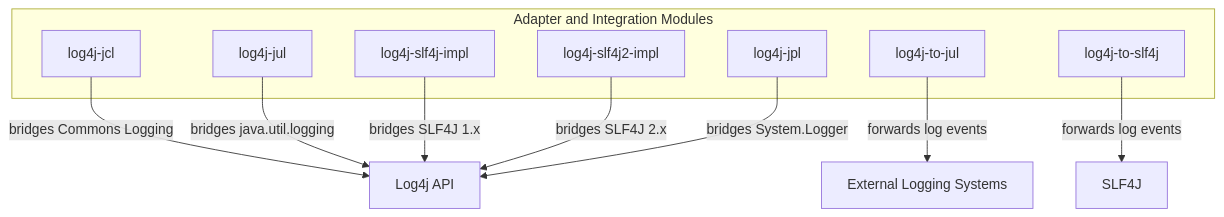
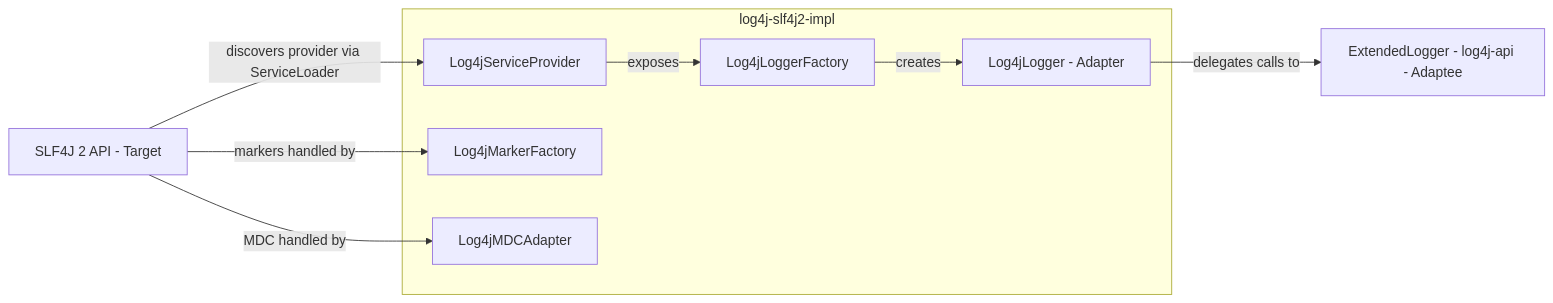
The sixth of 8 diagrams in docs/architecture.md (SwDA-Team07/AY-25-26-project), drawn with Mermaid before and after one commit. The commit also changed other lines of this file, not shown here.

Commit message:
docs: Rework C3 in architecture to match scoped modules

````diff
--- a/docs/architecture.md
+++ b/docs/architecture.md
@@ -149,22 +199,18 @@
 ```mermaid
-flowchart TD
-    subgraph INTEGRATIONS["Adapter and Integration Modules"]
-        JCL[log4j-jcl]
-        JUL[log4j-jul]
-        SLF1[log4j-slf4j-impl]
-        SLF2[log4j-slf4j2-impl]
-        TOJUL[log4j-to-jul]
-        TOSLF[log4j-to-slf4j]
-        JPL[log4j-jpl]
+flowchart LR
+    subgraph SLF2["log4j-slf4j2-impl"]
+        SP[Log4jServiceProvider]
+        LF[Log4jLoggerFactory]
+        LL[Log4jLogger - Adapter]
+        MF[Log4jMarkerFactory]
+        MDC[Log4jMDCAdapter]
     end
-    API[Log4j API]
-    EXT[External Logging Systems]
-    SLF[SLF4J]
-    JCL -->|bridges Commons Logging| API
-    JUL -->|bridges java.util.logging| API
-    SLF1 -->|bridges SLF4J 1.x| API
-    SLF2 -->|bridges SLF4J 2.x| API
-    JPL -->|bridges System.Logger| API
-    TOJUL -->|forwards log events| EXT
-    TOSLF -->|forwards log events| SLF
+    SLF4J[SLF4J 2 API - Target]
+    API[ExtendedLogger - log4j-api - Adaptee]
+    SLF4J -->|discovers provider via ServiceLoader| SP
+    SP -->|exposes| LF
+    LF -->|creates| LL
+    LL -->|delegates calls to| API
+    SLF4J -->|markers handled by| MF
+    SLF4J -->|MDC handled by| MDC
 ```
````
